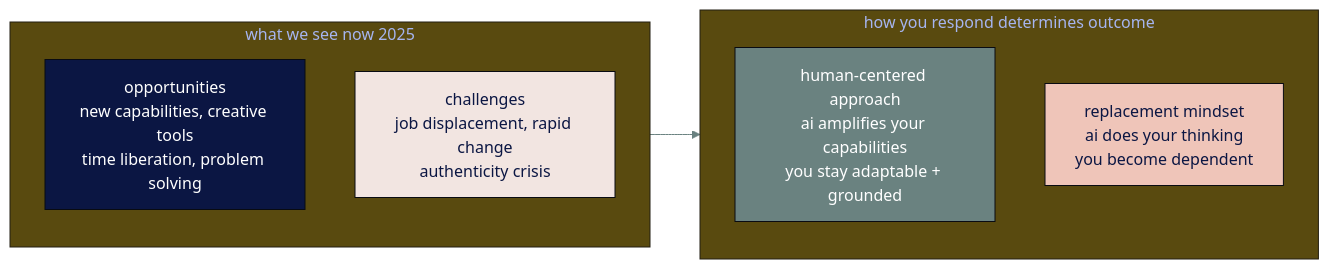
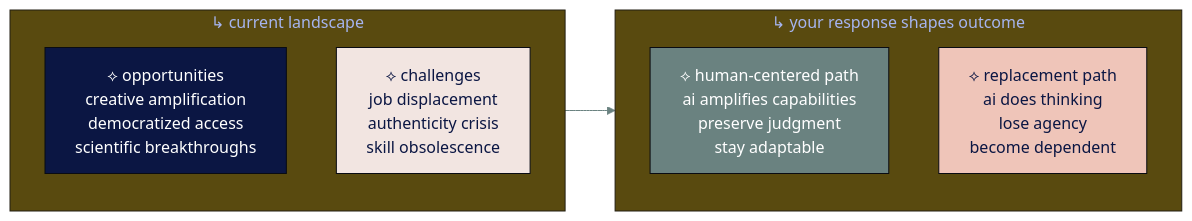
Before and after one commit to ninabrenes/ai-for-normal-people: the diagram in level 9: staying human-centered and growing forward.md, drawn with Mermaid. The commit also changed other lines of this file, not shown here.

Commit message:
Update level 9: staying human-centered and growing forward.md

````diff
--- a/level 9: staying human-centered and growing forward.md
+++ b/level 9: staying human-centered and growing forward.md
@@ -28,20 +25,20 @@
 ```mermaid
 %%{init: {'theme':'base', 'themeVariables': { 'primaryColor': '#0b1643', 'primaryTextColor': '#ffffff', 'lineColor': '#6a8280'}}}%%
 graph LR
-    subgraph Current["what we see now 2025"]
-        A["opportunities<br/>new capabilities, creative tools<br/>time liberation, problem solving"] 
-        B["challenges<br/>job displacement, rapid change<br/>authenticity crisis"]
+    subgraph Current[↳ current landscape]
+        A[⟡ opportunities<br/>creative amplification<br/>democratized access<br/>scientific breakthroughs] 
+        B[⟡ challenges<br/>job displacement<br/>authenticity crisis<br/>skill obsolescence]
     end
     
-    subgraph Response["how you respond determines outcome"]
-        C["human-centered approach<br/>ai amplifies your capabilities<br/>you stay adaptable + grounded"]
-        D["replacement mindset<br/>ai does your thinking<br/>you become dependent"]
+    subgraph Response[↳ your response shapes outcome]
+        C[⟡ human-centered path<br/>ai amplifies capabilities<br/>preserve judgment<br/>stay adaptable]
+        D[⟡ replacement path<br/>ai does thinking<br/>lose agency<br/>become dependent]
     end
     
     Current --> Response
     
     style A fill:#0b1643,color:#ffffff
     style B fill:#f2e5e1,color:#0b1643
     style C fill:#6a8280,color:#ffffff
     style D fill:#efc5b9,color:#0b1643
 ```
````
